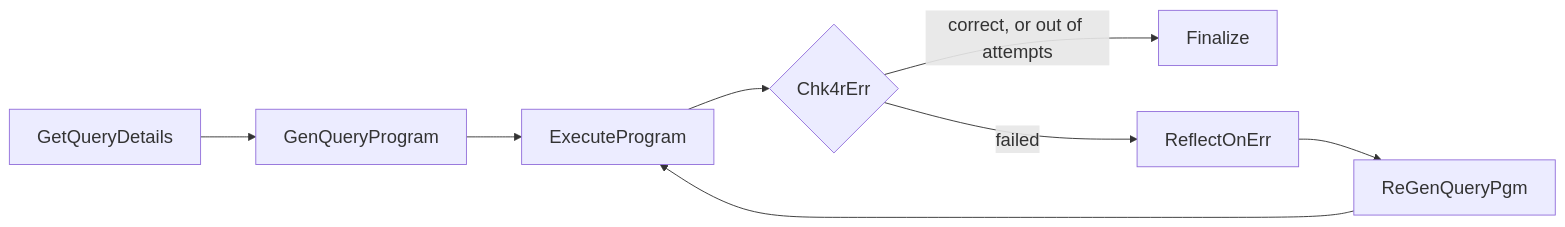
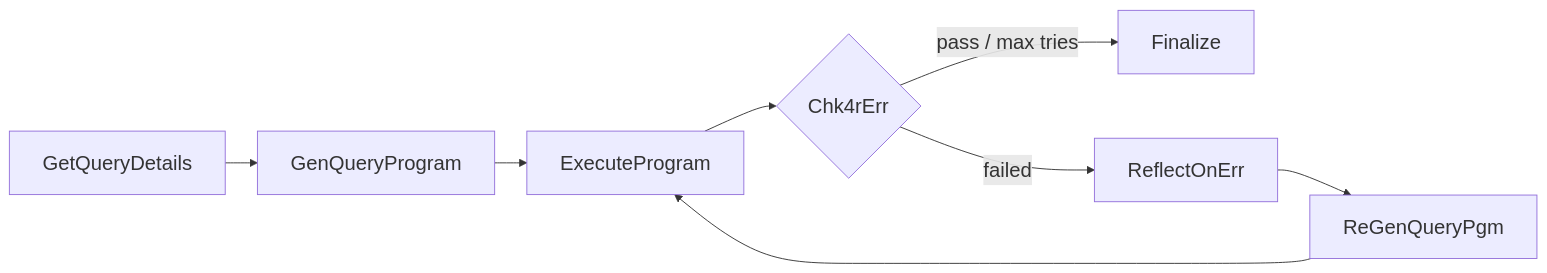
One commit to shachar-bz/langgraph-self-correcting-codegen changed the diagram in README.md. Above: the diagram before and after it, drawn with Mermaid. The commit also changed other lines of this file, not shown here.

Commit message:
README: move diagram under step-by-step heading and enlarge it

````diff
--- a/README.md
+++ b/README.md
@@ -45,11 +20,11 @@
 ```mermaid
-%%{init: {"themeVariables": {"fontSize": "20px"}, "flowchart": {"nodeSpacing": 50, "rankSpacing": 60, "padding": 15}}}%%
+%%{init: {"themeVariables": {"fontSize": "22px"}, "flowchart": {"nodeSpacing": 70, "rankSpacing": 35, "padding": 18}}}%%
 flowchart LR
     A[GetQueryDetails] --> B[GenQueryProgram]
     B --> C[ExecuteProgram]
     C --> D{Chk4rErr}
-    D -- correct, or out of attempts --> F[Finalize]
+    D -- pass / max tries --> F[Finalize]
     D -- failed --> R[ReflectOnErr]
     R --> G[ReGenQueryPgm]
     G --> C
 ```
````
